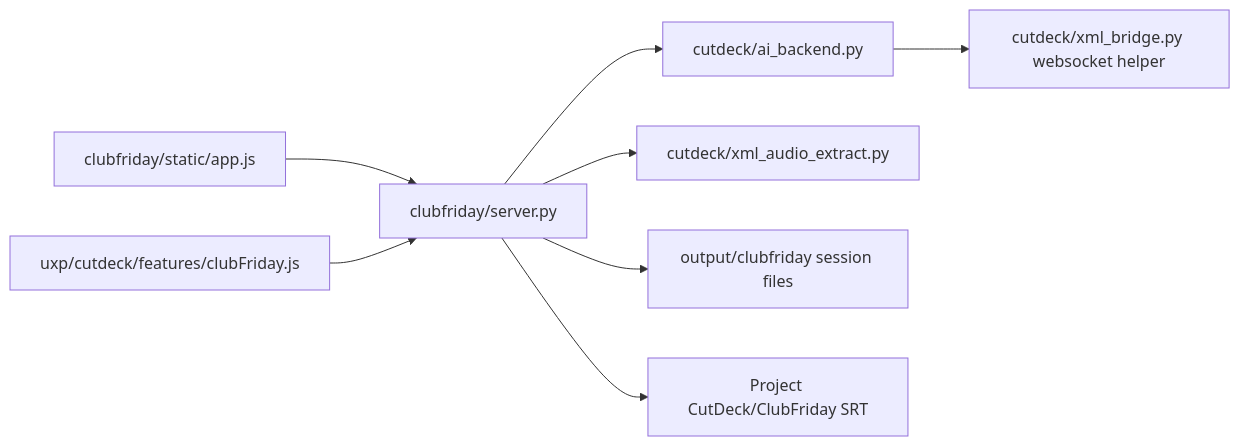
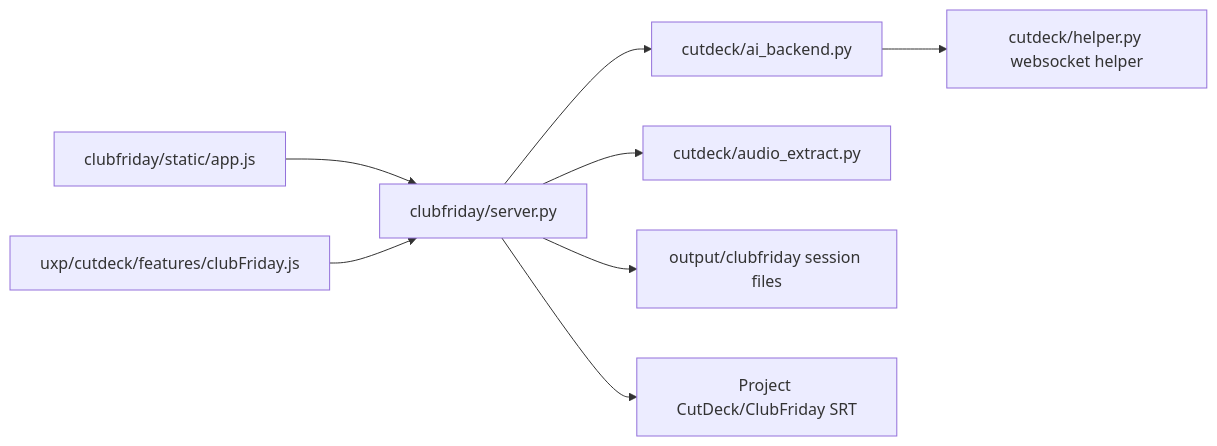
The diagram in docs/architecture.md (thanaponai01-collab/B-transcriber), drawn with Mermaid before and after one commit. The commit also changed other lines of this file and 70 other files, not shown here.

Commit message:
refactor(cutdeck): retire XML rough cuts and guard source snapshots

````diff
--- a/docs/architecture.md
+++ b/docs/architecture.md
@@ -13,10 +15,10 @@
 ```mermaid
 flowchart LR
   browser["clubfriday/static/app.js"] --> server["clubfriday/server.py"]
   server --> backend["cutdeck/ai_backend.py"]
-  server --> audio["cutdeck/xml_audio_extract.py"]
+  server --> audio["cutdeck/audio_extract.py"]
   server --> sessions["output/clubfriday session files"]
   server --> srt["Project CutDeck/ClubFriday SRT"]
-  backend --> helper["cutdeck/xml_bridge.py websocket helper"]
+  backend --> helper["cutdeck/helper.py websocket helper"]
   panel["uxp/cutdeck/features/clubFriday.js"] --> server
 ```
````
